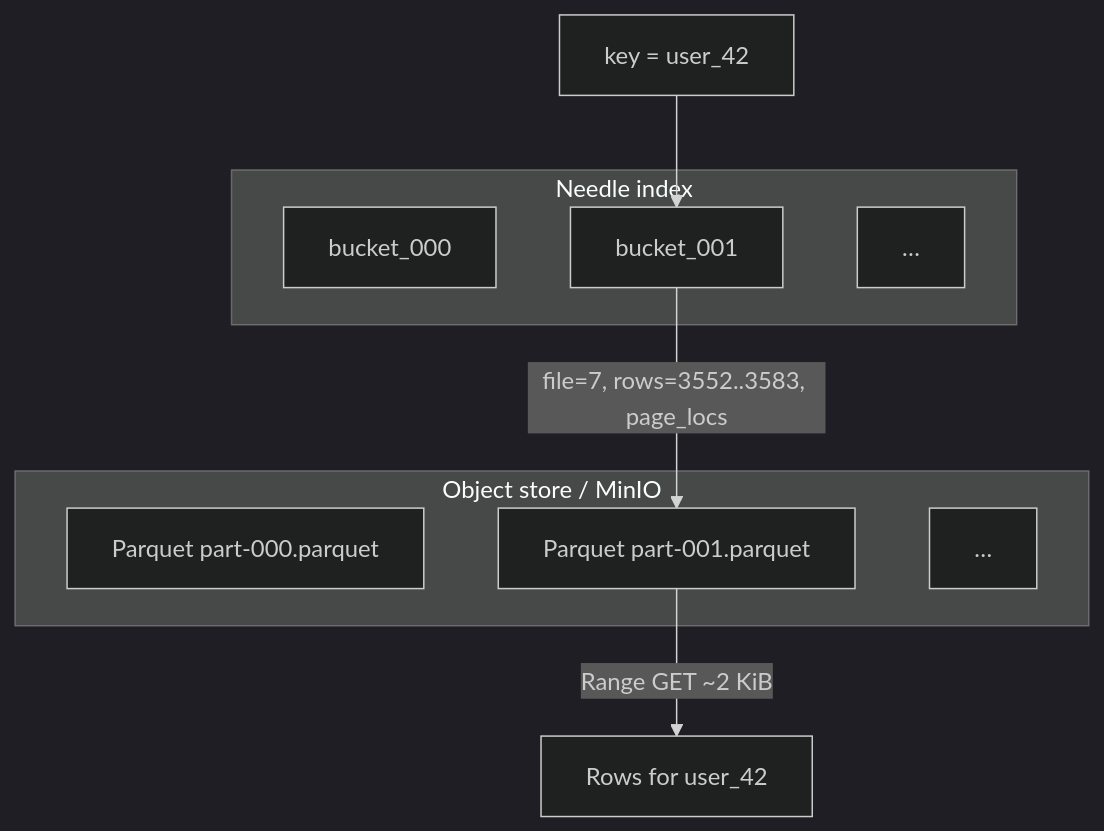
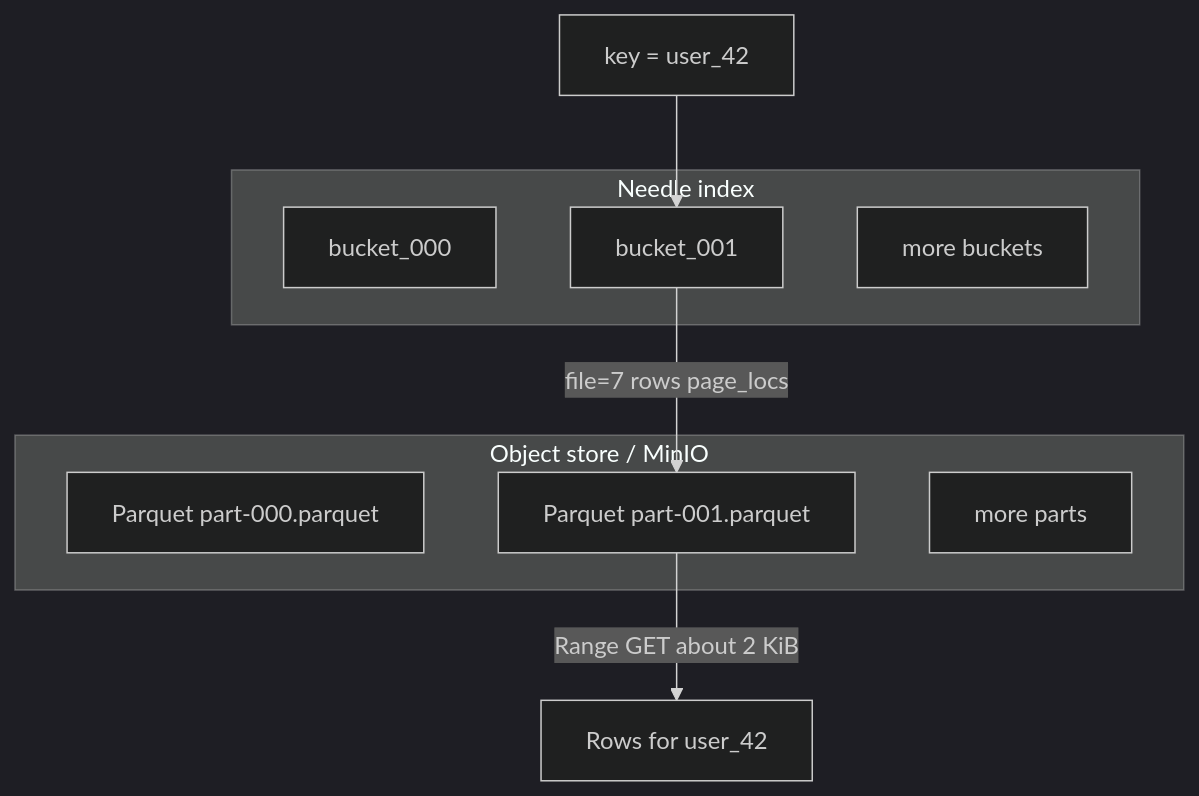
Before and after one commit to giuliosmall/needle: the third of 4 diagrams in README.md, drawn with Mermaid (dark theme). The commit also changed other lines of this file, not shown here.

First line of the commit message:
Fix Mermaid diagrams for GitHub rendering

````diff
--- a/README.md
+++ b/README.md
@@ -59,16 +59,16 @@
 ```mermaid
 flowchart TB
   subgraph Lake["Object store / MinIO"]
-    P1[Parquet part-000.parquet]
-    P2[Parquet part-001.parquet]
-    Pn[…]
+    P1["Parquet part-000.parquet"]
+    P2["Parquet part-001.parquet"]
+    Pn["more parts"]
   end
-  subgraph Needle["Needle index"]
-    B0[bucket_000]
-    B1[bucket_001]
-    Bn[…]
+  subgraph NeedleIdx["Needle index"]
+    B0["bucket_000"]
+    B1["bucket_001"]
+    Bn["more buckets"]
   end
   user_42["key = user_42"] --> B1
-  B1 -->|"file=7, rows=3552..3583, page_locs"| P2
-  P2 -->|"Range GET ~2 KiB"| Out[Rows for user_42]
+  B1 -->|"file=7 rows page_locs"| P2
+  P2 -->|"Range GET about 2 KiB"| Out["Rows for user_42"]
 ```
````
